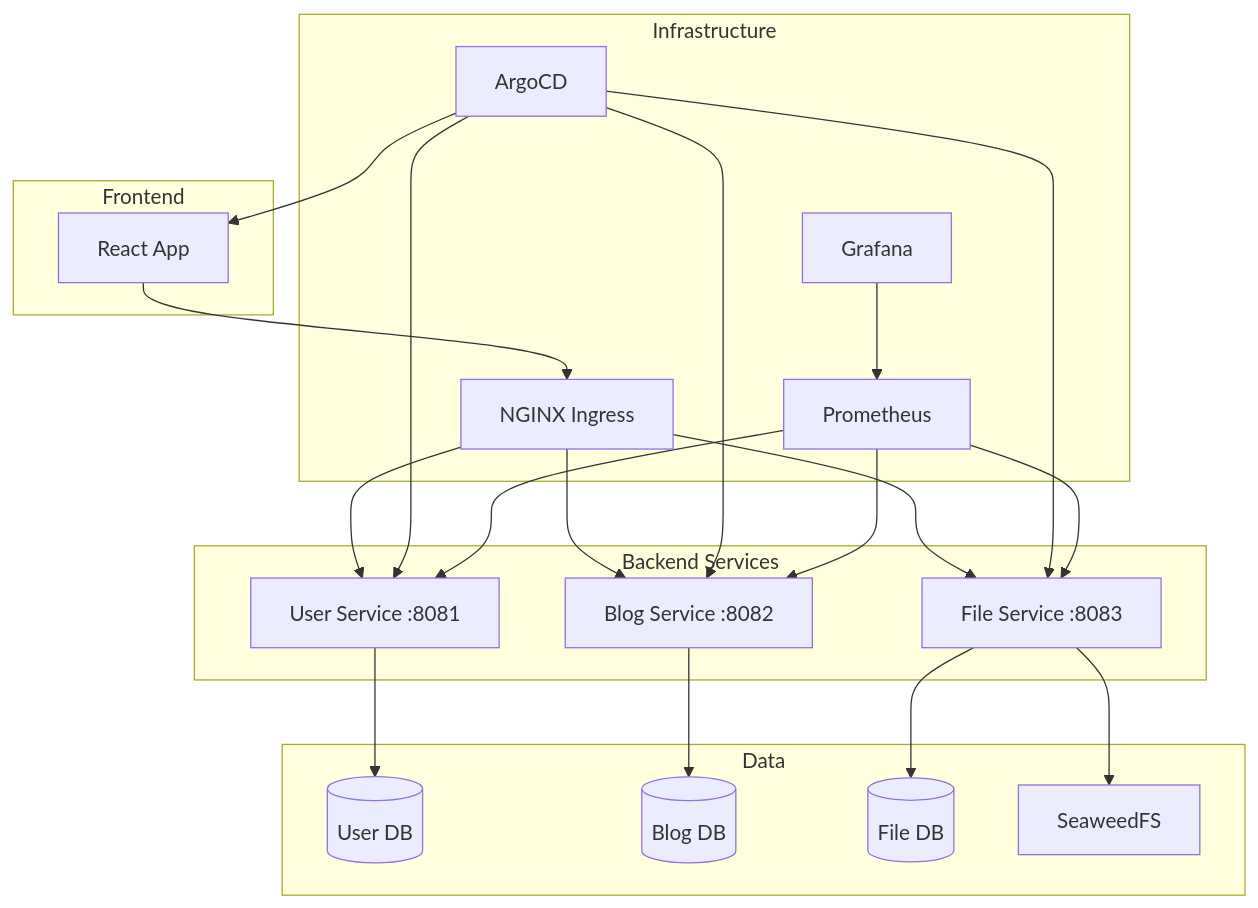
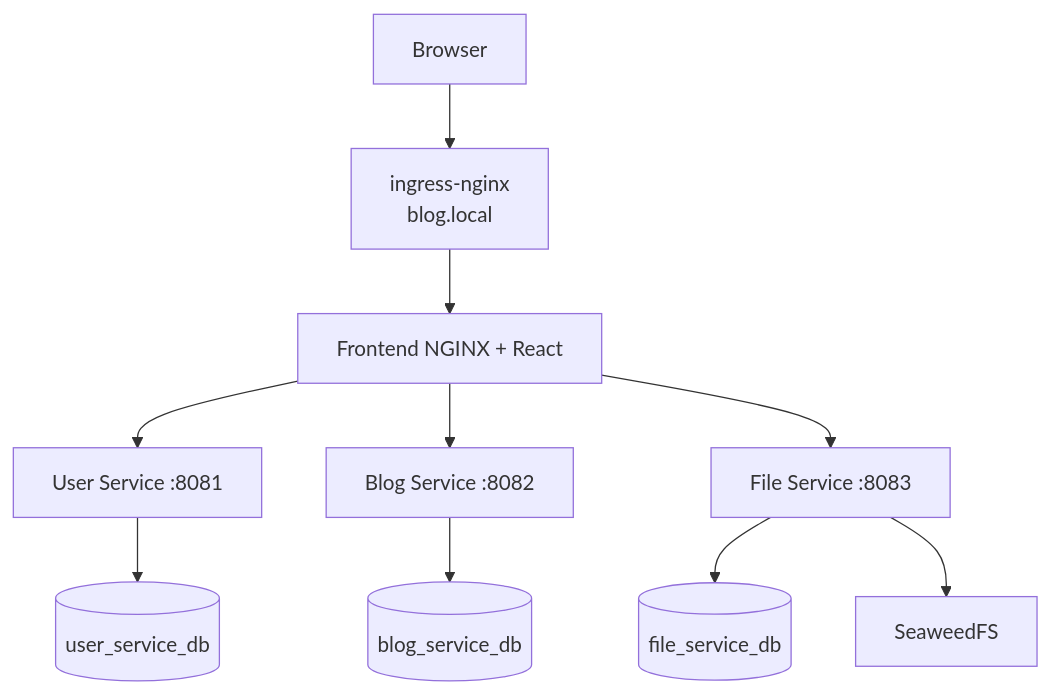
The diagram in README.md (mquangpham575/DevOps-Blog-Platform), drawn with Mermaid before and after one commit. The commit also changed other lines of this file and 3 other files, not shown here.

````diff
--- a/README.md
+++ b/README.md
@@ -28,35 +29,24 @@
 ```mermaid
 graph TB
-    subgraph Frontend
-        FE[React App]
-    end
+    U[Browser]
+    ING[ingress-nginx<br/>blog.local]
+    FE[Frontend NGINX + React]
 
-    subgraph Backend Services
-        US[User Service :8081]
-        BS[Blog Service :8082]
-        FS[File Service :8083]
-    end
+    US[User Service :8081]
+    BS[Blog Service :8082]
+    FS[File Service :8083]
 
-    subgraph Data
-        UDB[(User DB)]
-        BDB[(Blog DB)]
-        FDB[(File DB)]
-        SFS[SeaweedFS]
-    end
+    UDB[(user_service_db)]
+    BDB[(blog_service_db)]
+    FDB[(file_service_db)]
+    SFS[SeaweedFS]
 
-    subgraph Infrastructure
-        ING[NGINX Ingress]
-        ARG[ArgoCD]
-        PROM[Prometheus]
-        GRAF[Grafana]
-    end
-
-    FE --> ING
-    ING --> US & BS & FS
+    U --> ING --> FE
+    FE --> US
+    FE --> BS
+    FE --> FS
     US --> UDB
     BS --> BDB
-    FS --> FDB & SFS
-    ARG --> FE & US & BS & FS
-    PROM --> US & BS & FS
-    GRAF --> PROM
+    FS --> FDB
+    FS --> SFS
 ```
````
